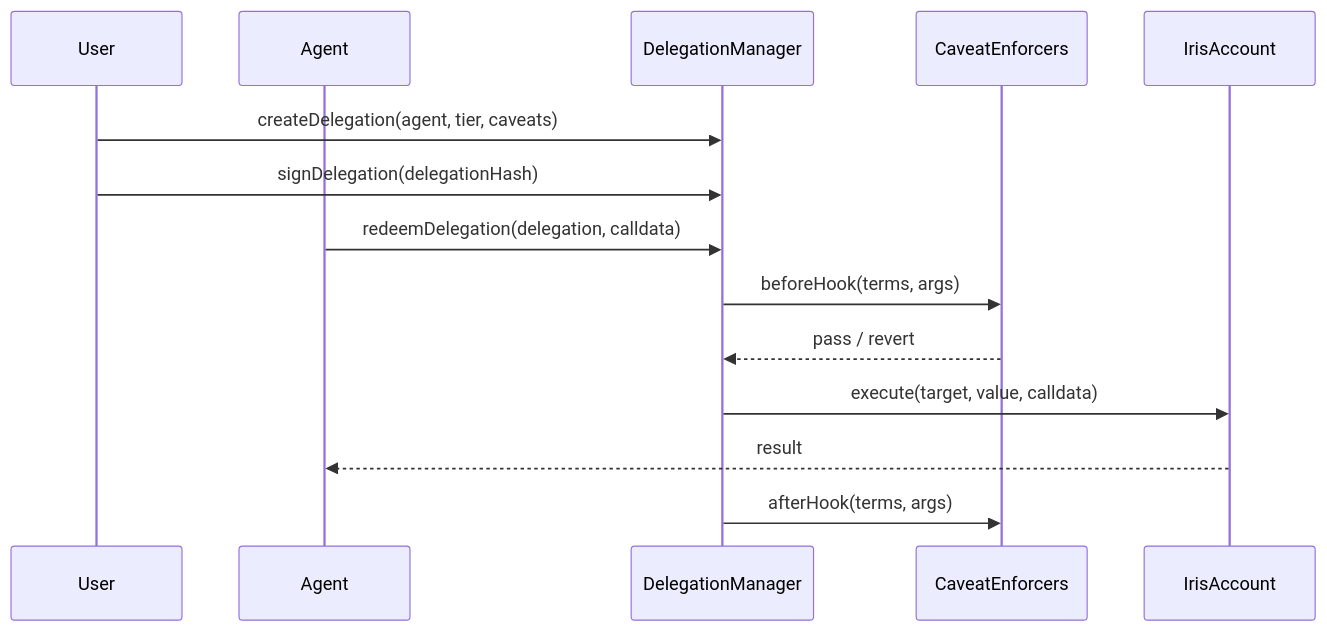
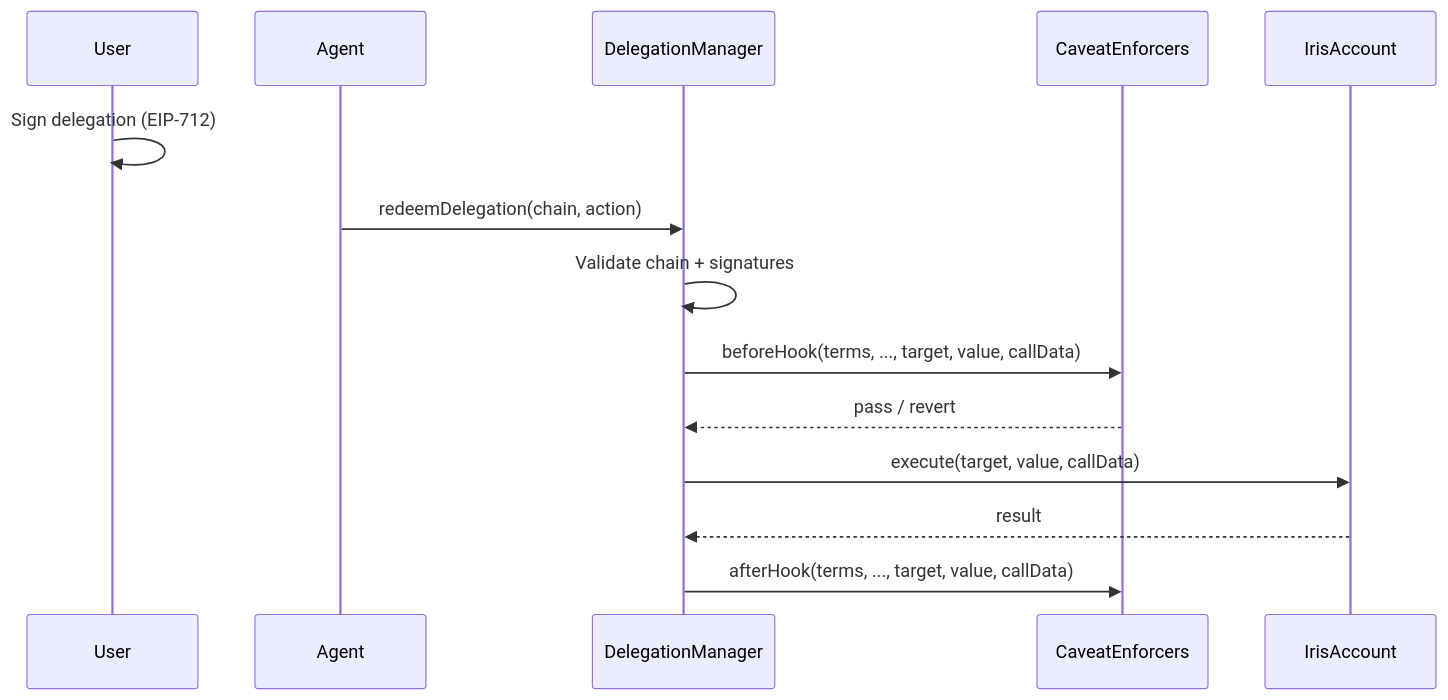
Before and after one commit to ElliotFriedman/iris-protocol: the second of 2 diagrams in docs/docs/architecture.md, drawn with Mermaid. The commit also changed other lines of this file and 12 other files, not shown here.

````diff
--- a/docs/docs/architecture.md
+++ b/docs/docs/architecture.md
@@ -74,17 +79,17 @@
 ```mermaid
 sequenceDiagram
     participant User
     participant Agent
     participant DelegationManager
     participant CaveatEnforcers
     participant IrisAccount
 
-    User->>DelegationManager: createDelegation(agent, tier, caveats)
-    User->>DelegationManager: signDelegation(delegationHash)
-    Agent->>DelegationManager: redeemDelegation(delegation, calldata)
-    DelegationManager->>CaveatEnforcers: beforeHook(terms, args)
+    User->>User: Sign delegation (EIP-712)
+    Agent->>DelegationManager: redeemDelegation(chain, action)
+    DelegationManager->>DelegationManager: Validate chain + signatures
+    DelegationManager->>CaveatEnforcers: beforeHook(terms, ..., target, value, callData)
     CaveatEnforcers-->>DelegationManager: pass / revert
-    DelegationManager->>IrisAccount: execute(target, value, calldata)
-    IrisAccount-->>Agent: result
-    DelegationManager->>CaveatEnforcers: afterHook(terms, args)
+    DelegationManager->>IrisAccount: execute(target, value, callData)
+    IrisAccount-->>DelegationManager: result
+    DelegationManager->>CaveatEnforcers: afterHook(terms, ..., target, value, callData)
 ```
````
